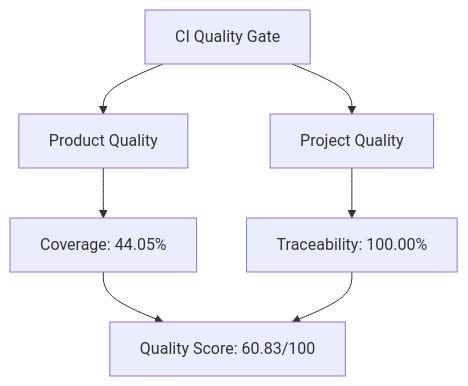
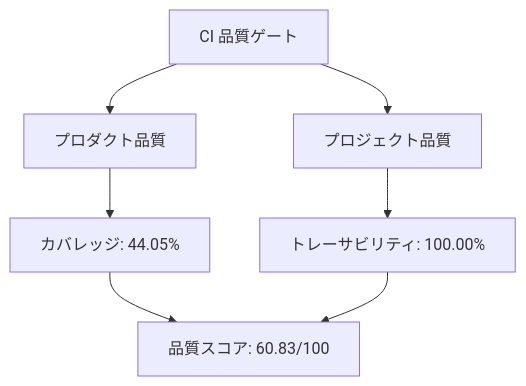
The diagram in docs/dashboard/index.md (viviparidae/biotope-matrix), drawn with Mermaid before and after one commit. The commit also changed other lines of this file and 2 other files, not shown here.

Commit message:
fix: localize quality dashboard to Japanese

````diff
--- a/docs/dashboard/index.md
+++ b/docs/dashboard/index.md
@@ -26,9 +26,9 @@
 ```mermaid
 flowchart TD
-    A[CI Quality Gate] --> B[Product Quality]
-    A --> C[Project Quality]
-    B --> D[Coverage: 44.05%]
-    C --> E[Traceability: 100.00%]
-    D --> F[Quality Score: 60.83/100]
+    A[CI 品質ゲート] --> B[プロダクト品質]
+    A --> C[プロジェクト品質]
+    B --> D[カバレッジ: 44.05%]
+    C --> E[トレーサビリティ: 100.00%]
+    D --> F[品質スコア: 60.83/100]
     E --> F
 ```
````
